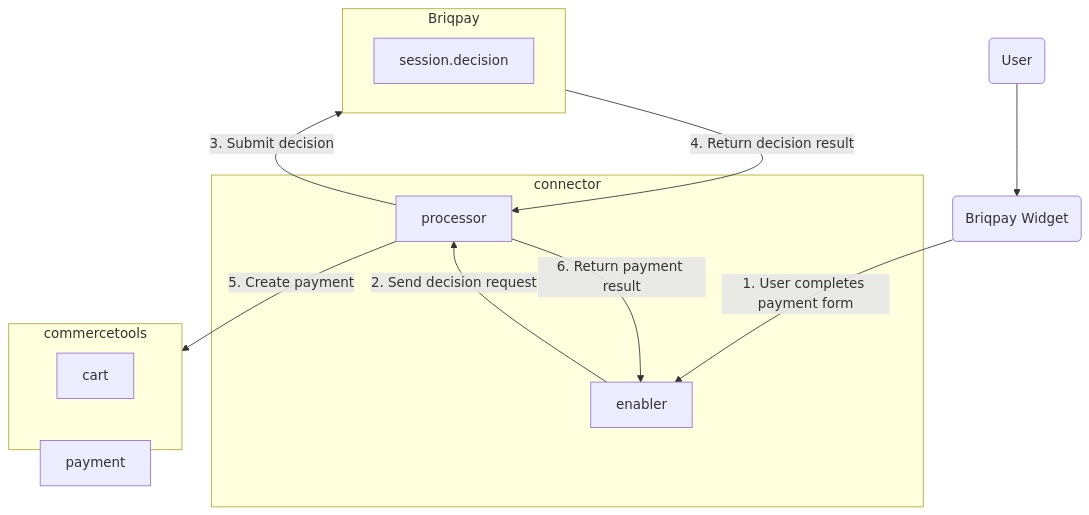
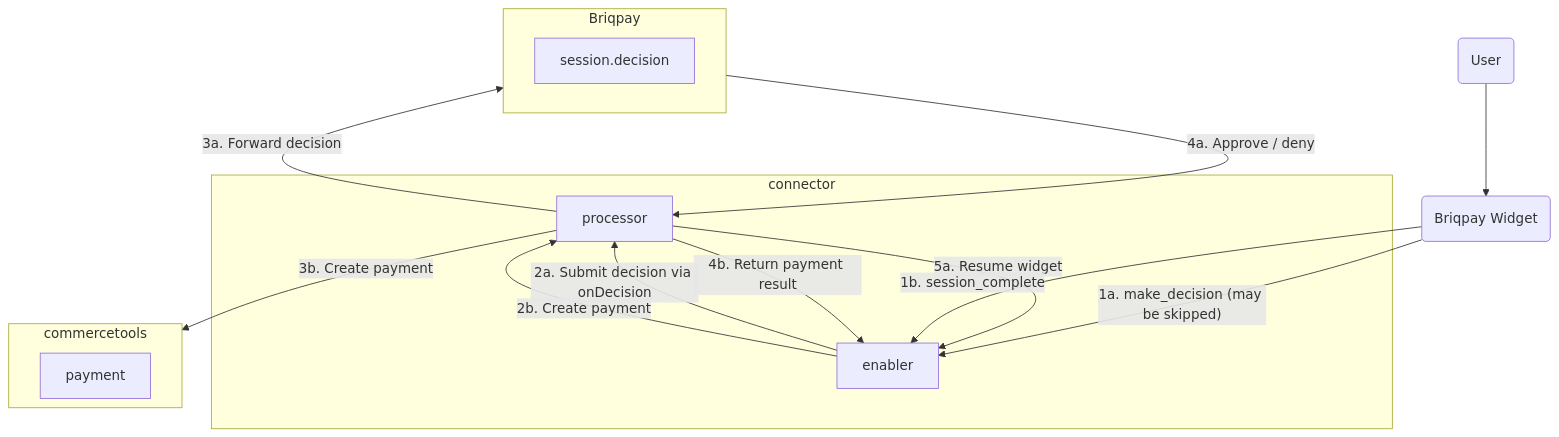
One commit to Briqpay-Extensions/connect-payment-integration-briqpay changed the third of 4 diagrams in README.md. Above: the diagram before and after it, drawn with Mermaid. The commit also changed other lines of this file and 19 other files, not shown here.

````diff
--- a/README.md
+++ b/README.md
@@ -320,23 +320,25 @@
 ```mermaid
 flowchart TD
     user("User")-->widget("Briqpay Widget")
     subgraph connector
         enabler
         processor
     end
     subgraph coco["commercetools"]
-        cart
         payment
     end
     subgraph briqpay["Briqpay"]
         session.decision
     end
 
-    widget--"1. User completes payment form"-->enabler
-    enabler--"2. Send decision request"-->processor
-    processor--"3. Submit decision"-->briqpay
-    briqpay--"4. Return decision result"-->processor
-    processor--"5. Create payment"-->coco
-    processor--"6. Return payment result"-->enabler
-    style coco height:150
+    widget--"1a. make_decision (may be skipped)"-->enabler
+    enabler--"2a. Submit decision via onDecision"-->processor
+    processor--"3a. Forward decision"-->briqpay
+    briqpay--"4a. Approve / deny"-->processor
+    processor--"5a. Resume widget"-->enabler
+    widget--"1b. session_complete"-->enabler
+    enabler--"2b. Create payment"-->processor
+    processor--"3b. Create payment"-->coco
+    processor--"4b. Return payment result"-->enabler
+    style coco height:100
 ```
````
